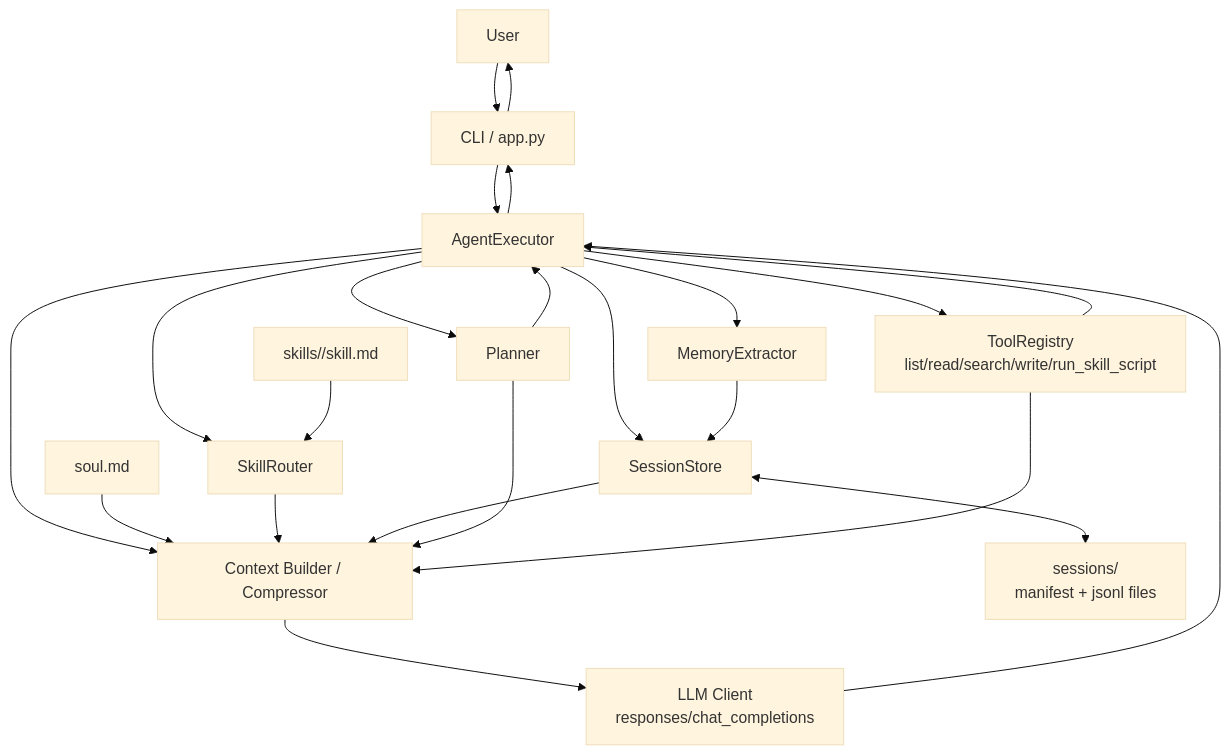
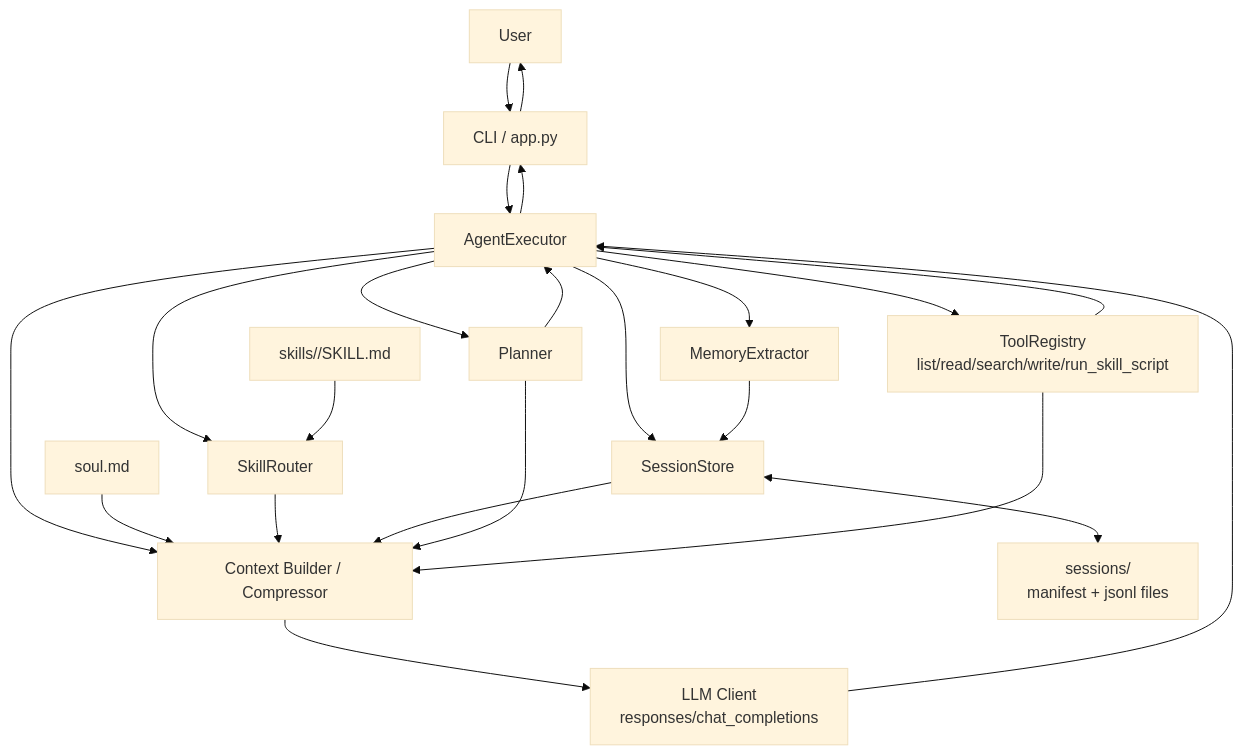
One commit to AcebergChristian/AcebergSkillit changed the first of 2 diagrams in docs/ARCHITECTURE_DIAGRAMS.md. Above: the diagram before and after it, drawn with Mermaid (base theme). The commit also changed 25 other files, not shown here.

````diff
--- a/docs/ARCHITECTURE_DIAGRAMS.md
+++ b/docs/ARCHITECTURE_DIAGRAMS.md
@@ -7,49 +7,49 @@
 ```mermaid
 flowchart TB
     U[User]
     CLI[CLI / app.py]
     EX[AgentExecutor]
 
     SR[SkillRouter]
     PL[Planner]
     TR[ToolRegistry\nlist/read/search/write/run_skill_script]
     SS[SessionStore]
     CM[Context Builder / Compressor]
     ME[MemoryExtractor]
     LLM[LLM Client\nresponses/chat_completions]
 
     SOUL[soul.md]
-    SK[skills/<skill_id>/skill.md]
+    SK[skills/<skill_id>/SKILL.md]
     SESS[sessions/\nmanifest + jsonl files]
 
     U --> CLI
     CLI --> EX
 
     EX --> SR
     SK --> SR
 
     EX --> SS
     SS <--> SESS
 
     EX --> PL
     PL --> EX
 
     EX --> TR
     TR --> EX
 
     EX --> CM
     SOUL --> CM
     SR --> CM
     SS --> CM
     PL --> CM
     TR --> CM
 
     CM --> LLM
     LLM --> EX
 
     EX --> ME
     ME --> SS
 
     EX --> CLI
     CLI --> U
 ```
````
